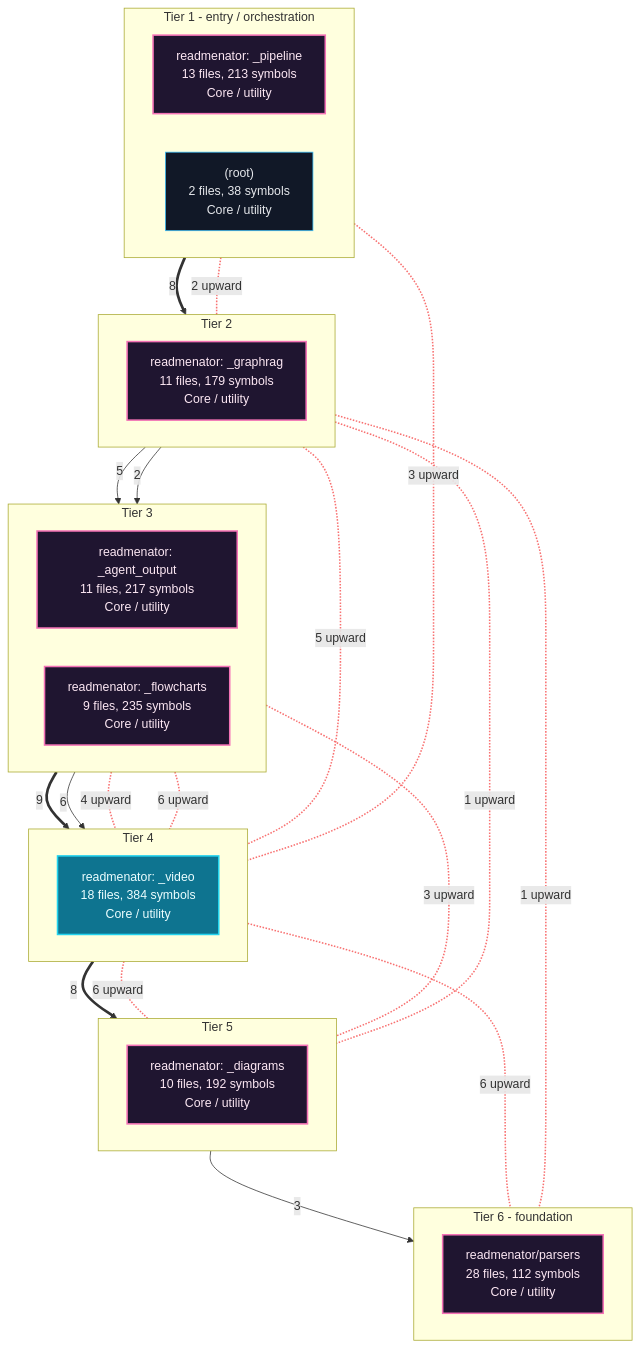
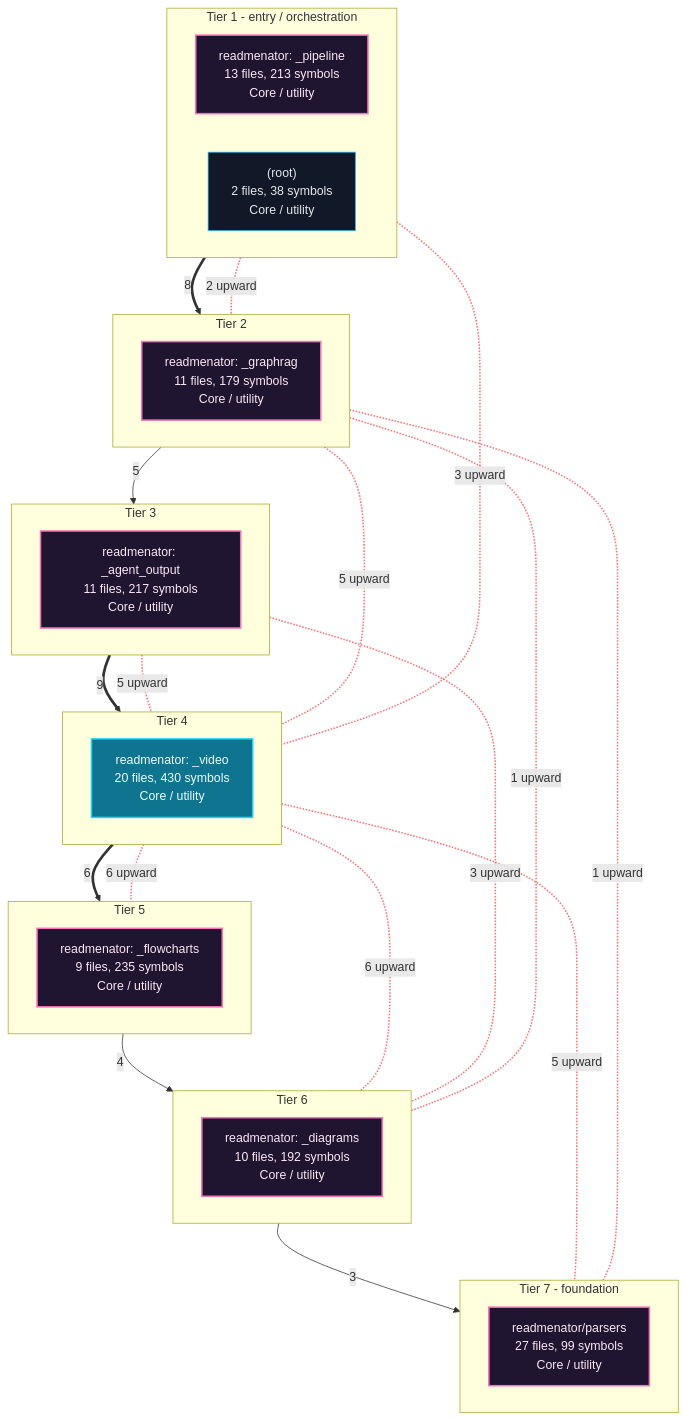
One commit to grisuno/ReadMenator changed the first of 7 diagrams in readmenator-apidocs/architecture.md. Above: the diagram before and after it, drawn with Mermaid. The commit also changed other lines of this file and 182 other files, not shown here.

````diff
--- a/readmenator-apidocs/architecture.md
+++ b/readmenator-apidocs/architecture.md
@@ -11,55 +11,58 @@
 ```mermaid
 flowchart TB
     classDef cycle fill:#1f1530,stroke:#f472b6,color:#fce7f3,stroke-width:2px;
     classDef default fill:#111827,stroke:#38bdf8,color:#e5e7eb;
     classDef entry fill:#0e7490,stroke:#22d3ee,color:#ecfeff,stroke-width:2px;
     subgraph lane_0["Tier 1 - entry / orchestration"]
         direction LR
         n_c4["readmenator: _pipeline<br/>13 files, 213 symbols<br/>Core / utility"]:::cycle
         n_d__root_["(root)<br/>2 files, 38 symbols<br/>Core / utility"]:::default
     end
     subgraph lane_1["Tier 2"]
         direction LR
         n_c3["readmenator: _graphrag<br/>11 files, 179 symbols<br/>Core / utility"]:::cycle
     end
     subgraph lane_2["Tier 3"]
         direction LR
         n_c2["readmenator: _agent_output<br/>11 files, 217 symbols<br/>Core / utility"]:::cycle
-        n_c6["readmenator: _flowcharts<br/>9 files, 235 symbols<br/>Core / utility"]:::cycle
     end
     subgraph lane_3["Tier 4"]
         direction LR
-        n_c1["readmenator: _video<br/>18 files, 384 symbols<br/>Core / utility"]:::entry
+        n_c0["readmenator: _video<br/>20 files, 430 symbols<br/>Core / utility"]:::entry
     end
     subgraph lane_4["Tier 5"]
         direction LR
+        n_c6["readmenator: _flowcharts<br/>9 files, 235 symbols<br/>Core / utility"]:::cycle
+    end
+    subgraph lane_5["Tier 6"]
+        direction LR
         n_c5["readmenator: _diagrams<br/>10 files, 192 symbols<br/>Core / utility"]:::cycle
     end
-    subgraph lane_5["Tier 6 - foundation"]
+    subgraph lane_6["Tier 7 - foundation"]
         direction LR
-        n_c0["readmenator/parsers<br/>28 files, 112 symbols<br/>Core / utility"]:::cycle
+        n_c1["readmenator/parsers<br/>27 files, 99 symbols<br/>Core / utility"]:::cycle
     end
-    n_c1 ==>|"8"| n_c5
-    n_c2 ==>|"9"| n_c1
+    n_c0 ==>|"6"| n_c6
+    n_c2 ==>|"9"| n_c0
     n_c3 -->|"5"| n_c2
-    n_c3 -->|"2"| n_c6
     n_c4 ==>|"8"| n_c3
-    n_c5 -->|"3"| n_c0
-    n_c6 -->|"6"| n_c1
-    n_c1 <-.-|"6 upward"| n_c0
-    n_c3 <-.-|"1 upward"| n_c0
-    n_c2 <-.-|"4 upward"| n_c1
-    n_c3 <-.-|"5 upward"| n_c1
-    n_c4 <-.-|"3 upward"| n_c1
-    n_c6 <-.-|"6 upward"| n_c1
+    n_c5 -->|"3"| n_c1
+    n_c6 -->|"4"| n_c5
+    n_c2 <-.-|"5 upward"| n_c0
+    n_c3 <-.-|"5 upward"| n_c0
+    n_c4 <-.-|"3 upward"| n_c0
+    n_c0 <-.-|"5 upward"| n_c1
+    n_c3 <-.-|"1 upward"| n_c1
     n_c4 <-.-|"2 upward"| n_c3
-    n_c1 <-.-|"6 upward"| n_c5
+    n_c0 <-.-|"6 upward"| n_c5
     n_c2 <-.-|"3 upward"| n_c5
     n_c3 <-.-|"1 upward"| n_c5
-    linkStyle 7,8,9,10,11,12,13,14,15,16 stroke:#f87171,stroke-width:2px;
+    n_c0 <-.-|"6 upward"| n_c6
+    linkStyle 6,7,8,9,10,11,12,13,14,15 stroke:#f87171,stroke-width:2px;
     n_c4 ~~~ n_c3
     n_c3 ~~~ n_c2
-    n_c2 ~~~ n_c1
-    n_c1 ~~~ n_c5
-    n_c5 ~~~ n_c0
+    n_c2 ~~~ n_c0
+    n_c0 ~~~ n_c6
+    n_c6 ~~~ n_c5
+    n_c5 ~~~ n_c1
 ```
````
